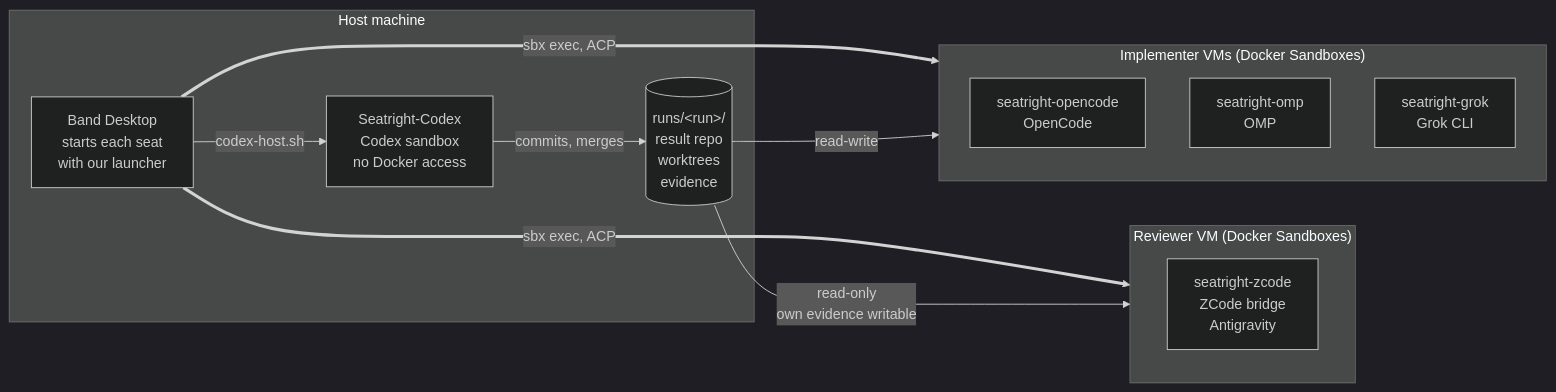
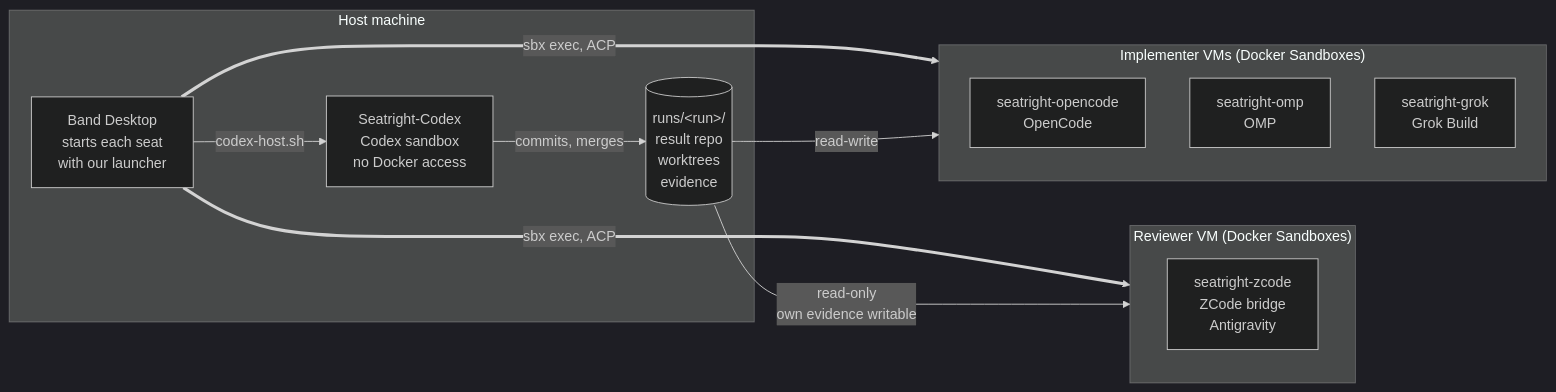
Before and after one commit to nrynss/seatright: the second of 4 diagrams in FACTORY.md, drawn with Mermaid (dark theme). The commit also changed other lines of this file and 3 other files, not shown here.

Commit message:
Call Grok's harness by its name, Grok Build

````diff
--- a/FACTORY.md
+++ b/FACTORY.md
@@ -91,22 +91,22 @@
 ```mermaid
 flowchart LR
   subgraph host["Host machine"]
     band["Band Desktop<br/>starts each seat<br/>with our launcher"]
     codex["Seatright-Codex<br/>Codex sandbox<br/>no Docker access"]
     run[("runs/&lt;run&gt;/<br/>result repo<br/>worktrees<br/>evidence")]
   end
   subgraph impl["Implementer VMs (Docker Sandboxes)"]
     vo["seatright-opencode<br/>OpenCode"]
     vm["seatright-omp<br/>OMP"]
-    vg["seatright-grok<br/>Grok CLI"]
+    vg["seatright-grok<br/>Grok Build"]
   end
   subgraph rev["Reviewer VM (Docker Sandboxes)"]
     vz["seatright-zcode<br/>ZCode bridge<br/>Antigravity"]
   end
   band -->|"codex-host.sh"| codex
   band ==>|"sbx exec, ACP"| impl
   band ==>|"sbx exec, ACP"| rev
   codex -->|"commits, merges"| run
   run -->|"read-write"| impl
   run -->|"read-only<br/>own evidence writable"| rev
 ```
````
